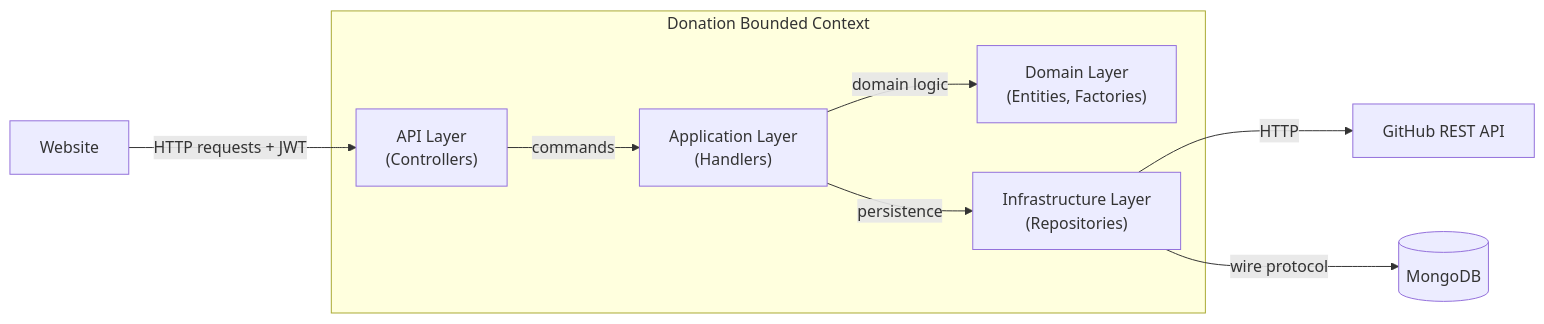
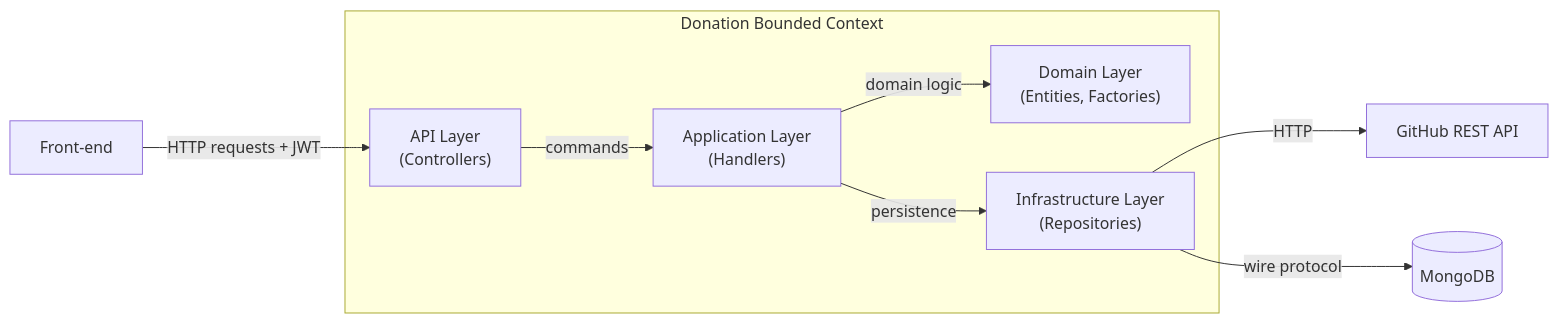
The third of 3 diagrams in docs/architecture/arc42/05-building-block-view.md (wouterfennis/TimeForCode), drawn with Mermaid before and after one commit. The commit also changed other lines of this file and 142 other files, not shown here.

````diff
--- a/docs/architecture/arc42/05-building-block-view.md
+++ b/docs/architecture/arc42/05-building-block-view.md
@@ -83,20 +83,20 @@
 ```mermaid
 graph LR
     subgraph Donation Bounded Context
         DonAPI_Ctrl["API Layer\n(Controllers)"]
         DonApp["Application Layer\n(Handlers)"]
         DonDomain["Domain Layer\n(Entities, Factories)"]
         DonInfra["Infrastructure Layer\n(Repositories)"]
     end
 
-    Client["Website"]
+    Client["Front-end"]
     GitHub["GitHub REST API"]
     MongoDB[("MongoDB")]
 
     Client -->|HTTP requests + JWT| DonAPI_Ctrl
     DonAPI_Ctrl -->|commands| DonApp
     DonApp -->|domain logic| DonDomain
     DonApp -->|persistence| DonInfra
     DonInfra -->|HTTP| GitHub
     DonInfra -->|wire protocol| MongoDB
 ```
````
